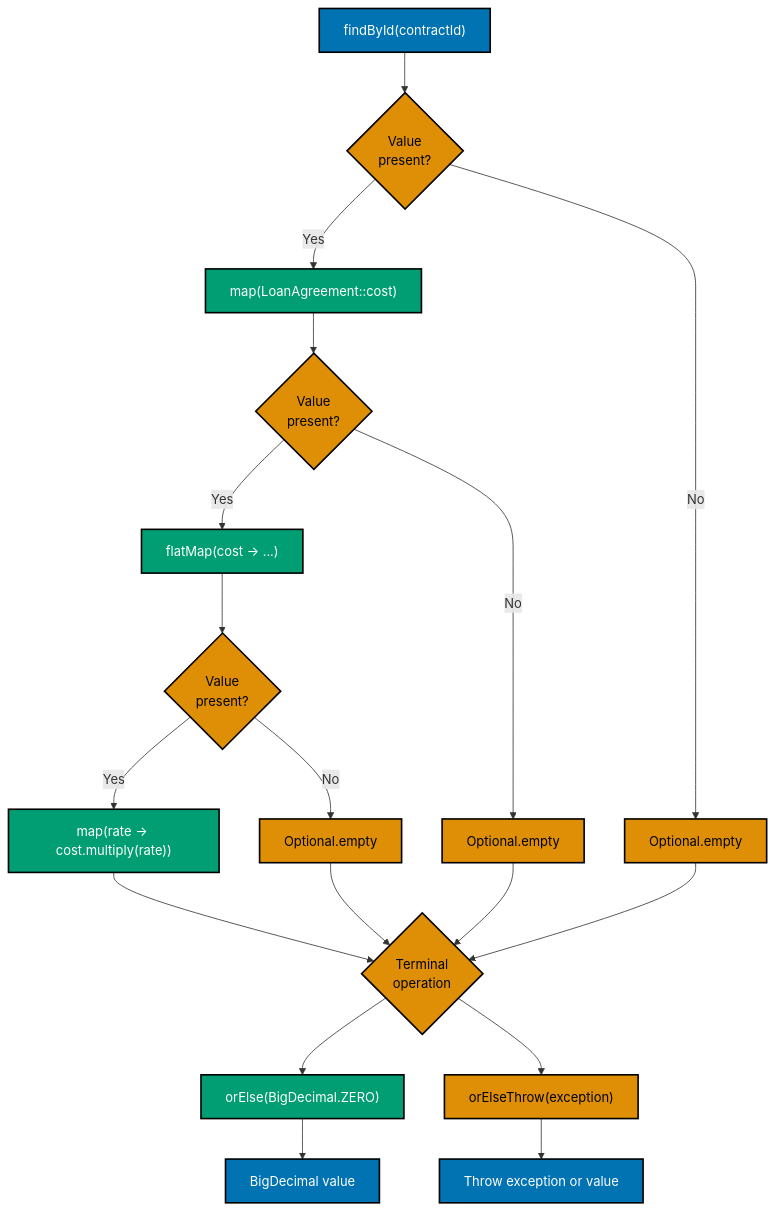
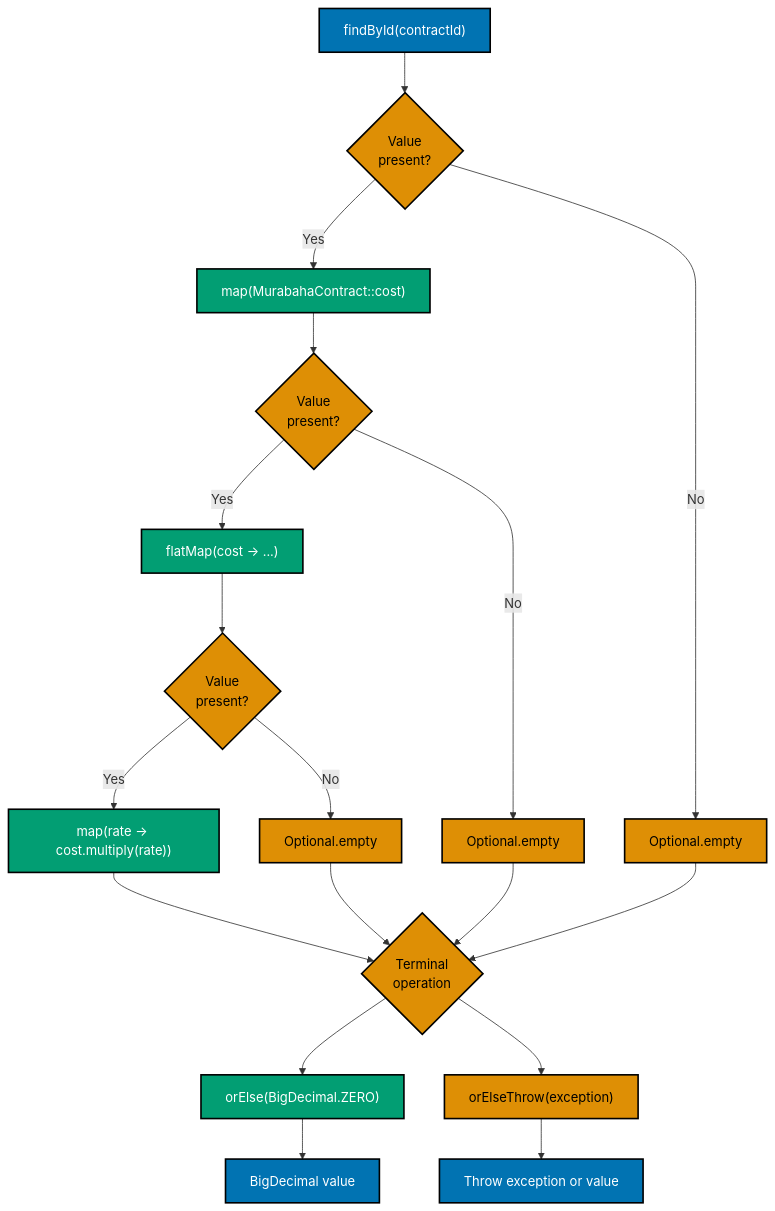
The third of 6 diagrams in docs/explanation/software/stack-lang/java/ex-so-stla-ja__idioms.md (wahidyankf/open-sharia-enterprise), drawn with Mermaid before and after one commit. The commit also changed other lines of this file and 81 other files, not shown here.

````diff
--- a/docs/explanation/software/stack-lang/java/ex-so-stla-ja__idioms.md
+++ b/docs/explanation/software/stack-lang/java/ex-so-stla-ja__idioms.md
@@ -380,34 +384,34 @@
 ```mermaid
 %% Color Palette: Blue #0173B2, Orange #DE8F05, Teal #029E73
 %% All colors are color-blind friendly and meet WCAG AA contrast standards
 
 graph TD
     Start[findById#40;contractId#41;]:::blue --> Check1{Value<br/>present?}:::orange
 
-    Check1 -->|Yes| Map1[map#40;LoanAgreement::cost#41;]:::teal
+    Check1 -->|Yes| Map1[map#40;MurabahaContract::cost#41;]:::teal
     Check1 -->|No| Empty1[Optional.empty]:::orange
 
     Map1 --> Check2{Value<br/>present?}:::orange
     Check2 -->|Yes| FlatMap[flatMap#40;cost -> ...#41;]:::teal
     Check2 -->|No| Empty2[Optional.empty]:::orange
 
     FlatMap --> Check3{Value<br/>present?}:::orange
     Check3 -->|Yes| Map2[map#40;rate -> cost.multiply#40;rate#41;#41;]:::teal
     Check3 -->|No| Empty3[Optional.empty]:::orange
 
     Map2 --> Terminal{Terminal<br/>operation}:::orange
 
     Empty1 --> Terminal
     Empty2 --> Terminal
     Empty3 --> Terminal
 
     Terminal --> OrElse[orElse#40;BigDecimal.ZERO#41;]:::teal
     Terminal --> OrThrow[orElseThrow#40;exception#41;]:::orange
 
     OrElse --> Result1[BigDecimal value]:::blue
     OrThrow --> Result2[Throw exception or value]:::blue
 
     classDef blue fill:#0173B2,stroke:#000000,color:#FFFFFF,stroke-width:2px
     classDef orange fill:#DE8F05,stroke:#000000,color:#000000,stroke-width:2px
     classDef teal fill:#029E73,stroke:#000000,color:#FFFFFF,stroke-width:2px
 ```
````
